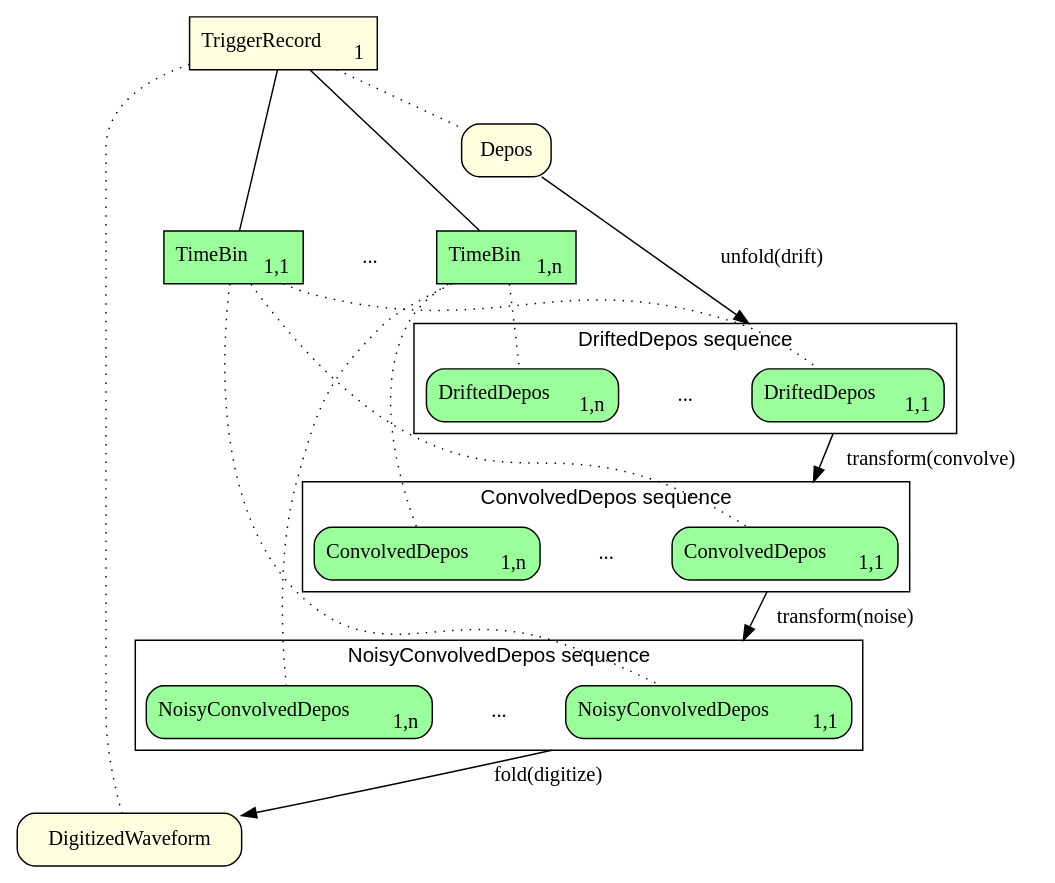
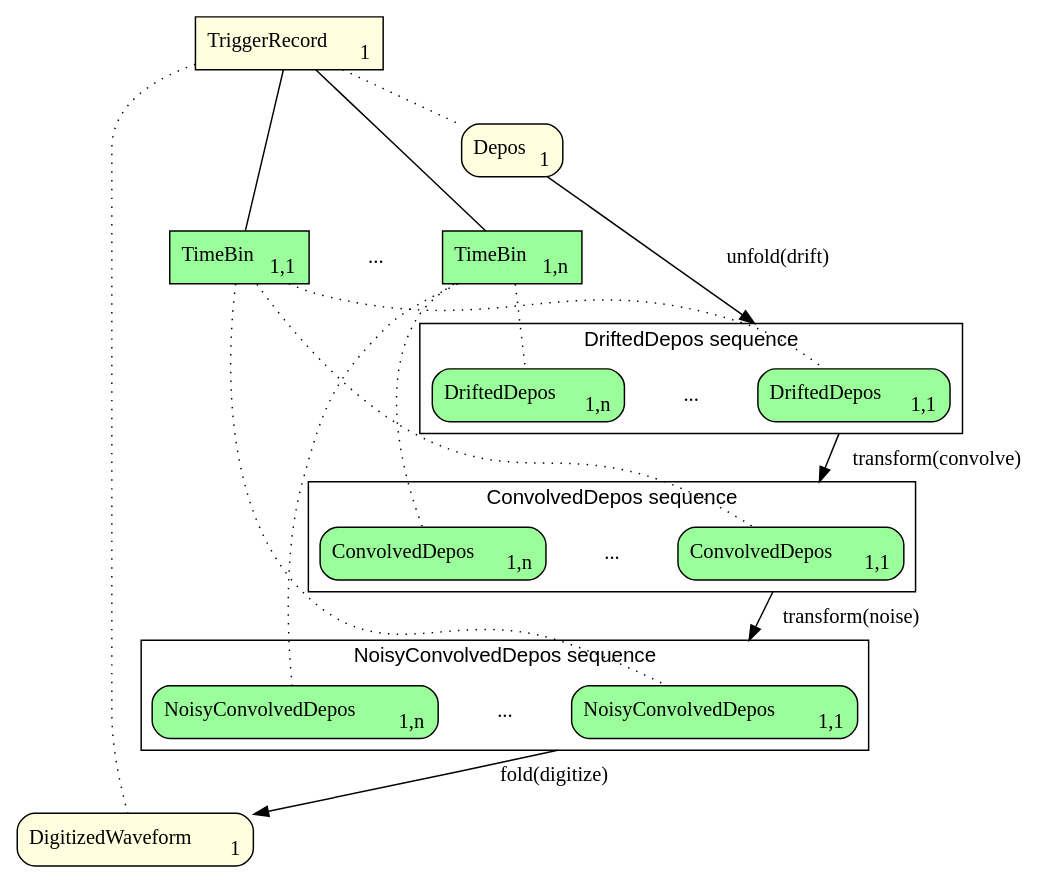
Before and after one commit to Framework-R-D/phlex-design: the diagram in workflows/wirecell-charge-waveform-sim.gv, drawn with Graphviz. The commit also changed 2 other files, not shown here.

```diff
--- a/workflows/wirecell-charge-waveform-sim.gv
+++ b/workflows/wirecell-charge-waveform-sim.gv
@@ -1,73 +1,73 @@
 digraph g {
  fontname="sans-serif";
  compound=true;
 
  # All data product sets are in rectangular nodes
  node [shape=box, style=filled];
  tr1 [label=<TriggerRecord<sub>1</sub>>, fillcolor=lightyellow];
 
  subgraph cluster_tb{
   peripheries=0
   tb1 [label=<TimeBin<sub>1,1</sub>>, fillcolor=palegreen1];
   tbdots [label="...", shape=plaintext, style=rounded, margin=0]
   tb2 [label=<TimeBin<sub>1,n</sub>>, fillcolor=palegreen1];
  }
 
  # Data product sets are connected with data products by solid lines.
  edge [style=solid, arrowhead=none];
  tr1 -> tb1;
  tr1 -> tb2;
 
 
  # All data products are in rounded rectangle nodes
  node [shape=box, style="filled,rounded"]
 
  # TR-level products are yellow
  node [fillcolor=lightyellow]
- depos [label=Depos]
- dw [label=DigitizedWaveform];
+ depos [label=<Depos<sub>1</sub>>]
+ dw [label=<DigitizedWaveform<sub>1</sub>>];
 
  depos -> tb2 [style=invis]
 
  # TB-level products are palegreen1
  node [fillcolor=palegreen1]
 
   subgraph cluster_unfold {
    label="DriftedDepos sequence";
    dd1 [label=<DriftedDepos<sub>1,1</sub>>];
    ddots [label="...", shape=plaintext, style=rounded, margin=0]
    ddn [label=<DriftedDepos<sub>1,n</sub>>];
  }
 
   subgraph cluster_conv {
     label="ConvolvedDepos sequence";
     cd1 [label=<ConvolvedDepos<sub>1,1</sub>>];
     cdots [label="...", shape=plaintext, style=rounded, margin=0]
     cdn [label=<ConvolvedDepos<sub>1,n</sub>>];
   }
 
  subgraph cluster_noise {
    label="NoisyConvolvedDepos sequence";
    ncd1 [label=<NoisyConvolvedDepos<sub>1,1</sub>>];
    ndots [label="...", shape=plaintext, style=rounded, margin=0]
    ncdn [label=<NoisyConvolvedDepos<sub>1,n</sub>>];
  }
 
  # Data products are connected with data product sets by dotted lines.
  edge [style=dotted, arrowhead=none];
  tr1 -> depos;
  tb1 -> dd1;
  tb2 -> ddn;
  tb1 -> cd1;
  tb2 -> cdn;
  tb1 -> ncd1;
  tb2 -> ncdn;
  tr1 -> dw;
 
  # Algorithms creating data products are indicated by arrows with solid lines.
  edge [style=solid, arrowhead=normal];
  depos -> dd1 [label="unfold(drift)", lhead=cluster_unfold];
  dd1 -> cd1 [label="transform(convolve)", ltail=cluster_unfold, lhead=cluster_conv];
  cd1 -> ncd1 [label="transform(noise)", ltail=cluster_conv, lhead=cluster_noise];
  ncd1 -> dw [label="fold(digitize)", ltail=cluster_noise];
 }
```
